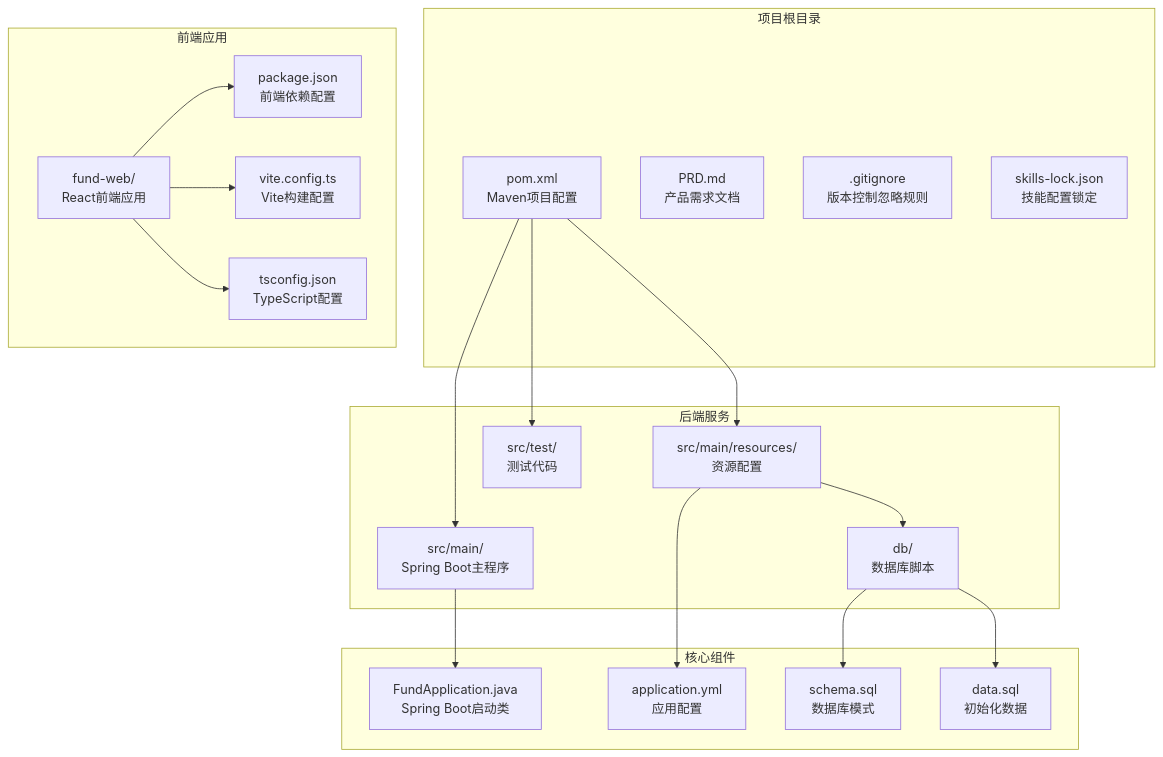
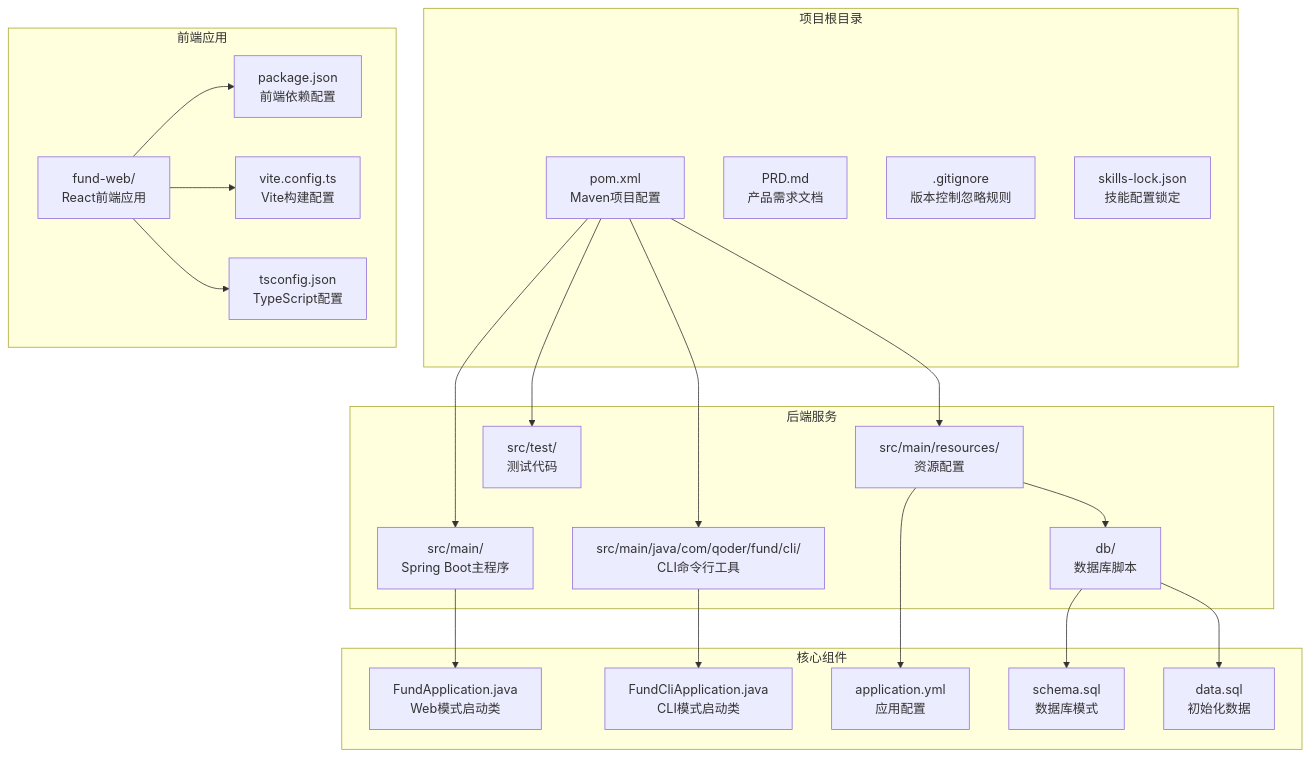
One commit to gree-coder/fund-butler changed the first of 7 diagrams in .qoder/repowiki/zh/content/部署指南.md. Above: the diagram before and after it, drawn with Mermaid. The commit also changed other lines of this file and 8 other files, not shown here.

````diff
--- a/.qoder/repowiki/zh/content/部署指南.md
+++ b/.qoder/repowiki/zh/content/部署指南.md
@@ -51,38 +55,42 @@
 ```mermaid
 graph TB
 subgraph "项目根目录"
 Root[pom.xml<br/>Maven项目配置]
 PRD[PRD.md<br/>产品需求文档]
 Git[.gitignore<br/>版本控制忽略规则]
 SkillsLock[skills-lock.json<br/>技能配置锁定]
 end
 subgraph "后端服务"
 Main[src/main/<br/>Spring Boot主程序]
+CLI[src/main/java/com/qoder/fund/cli/<br/>CLI命令行工具]
 Resources[src/main/resources/<br/>资源配置]
 DB[db/<br/>数据库脚本]
 Test[src/test/<br/>测试代码]
 end
 subgraph "前端应用"
 Web[fund-web/<br/>React前端应用]
 Package[package.json<br/>前端依赖配置]
 Vite[vite.config.ts<br/>Vite构建配置]
 TS[tsconfig.json<br/>TypeScript配置]
 end
 subgraph "核心组件"
-App[FundApplication.java<br/>Spring Boot启动类]
+App[FundApplication.java<br/>Web模式启动类]
+CliApp[FundCliApplication.java<br/>CLI模式启动类]
 Config[application.yml<br/>应用配置]
 Schema[schema.sql<br/>数据库模式]
 Data[data.sql<br/>初始化数据]
 end
 Root --> Main
+Root --> CLI
 Root --> Resources
 Root --> Test
 Main --> App
+CLI --> CliApp
 Resources --> Config
 Resources --> DB
 DB --> Schema
 DB --> Data
 Web --> Package
 Web --> Vite
 Web --> TS
 ```
````
